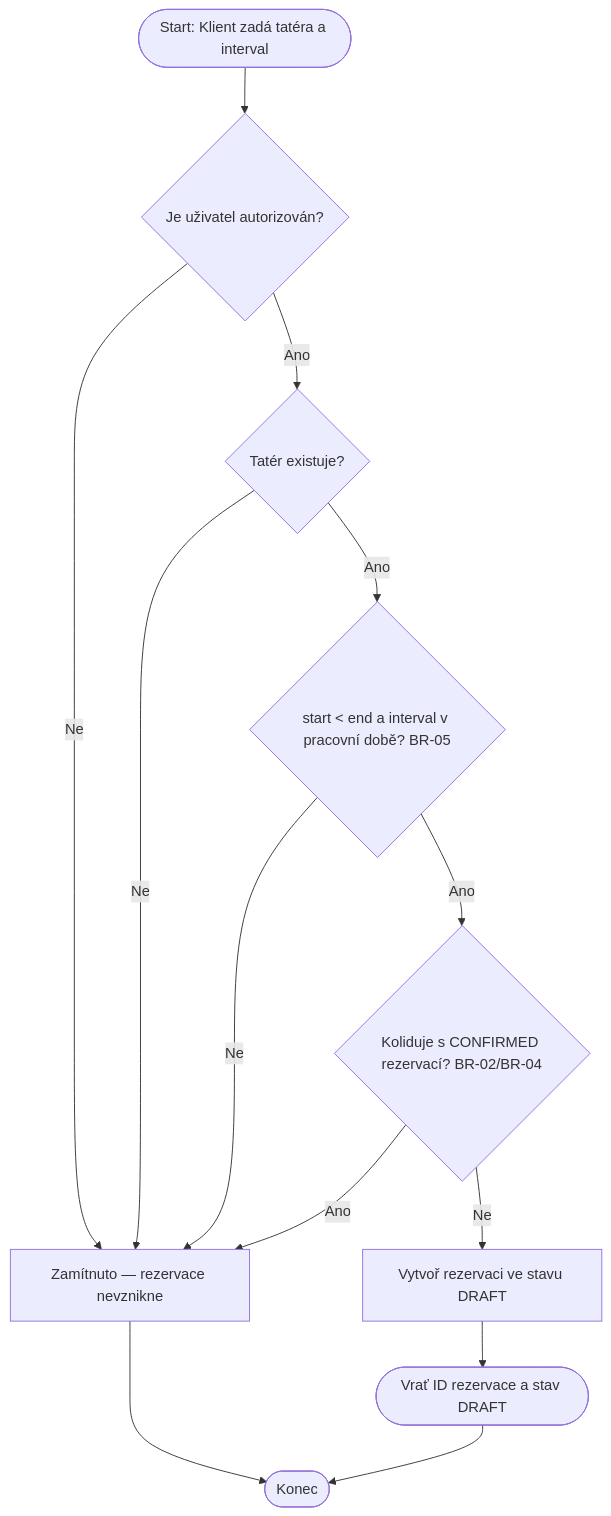
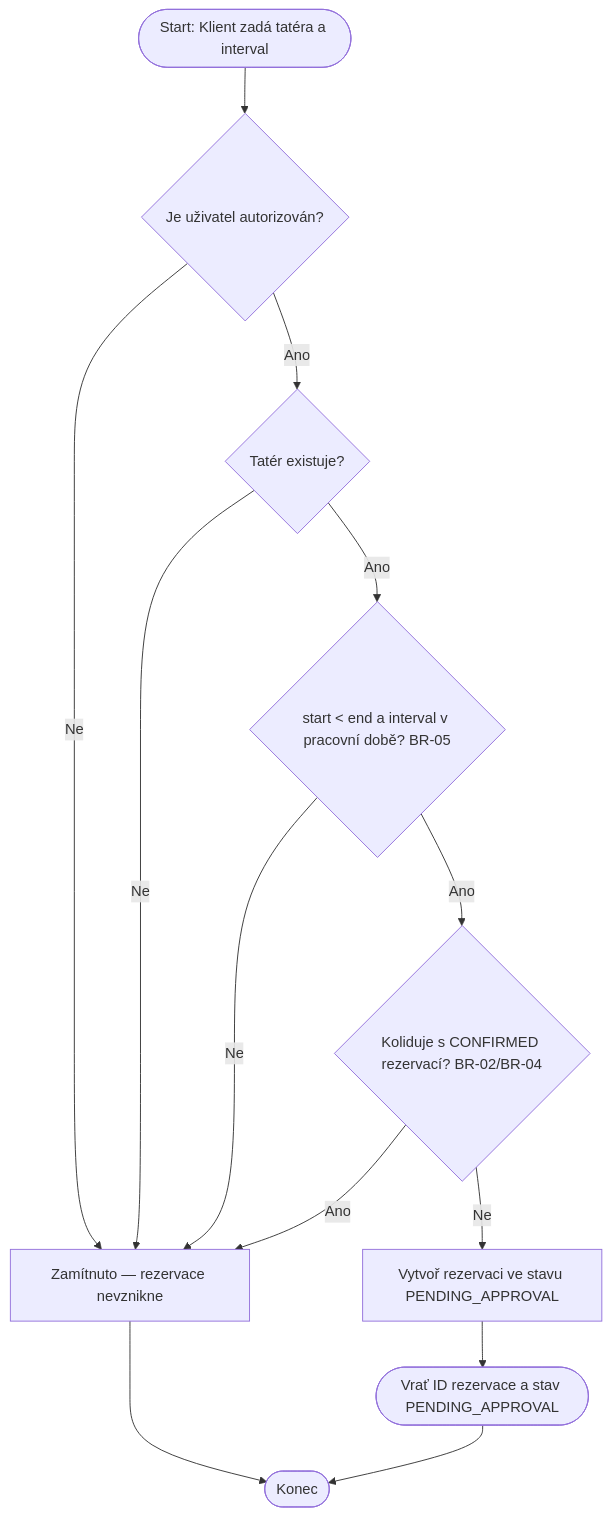
One commit to Eve-linnx/tattoo_reservation_system changed the third of 7 diagrams in docs/diagrams.md. Above: the diagram before and after it, drawn with Mermaid. The commit also changed other lines of this file and 10 other files, not shown here.

````diff
--- a/docs/diagrams.md
+++ b/docs/diagrams.md
@@ -88,15 +82,15 @@
 ```mermaid
 flowchart TD
     A([Start: Klient zadá tatéra a interval]) --> B{Je uživatel autorizován?}
     B -- Ne --> X1[Zamítnuto — rezervace nevznikne]
     B -- Ano --> C{Tatér existuje?}
     C -- Ne --> X1
     C -- Ano --> D{start < end a interval v pracovní době? BR-05}
     D -- Ne --> X1
     D -- Ano --> Ff{Koliduje s CONFIRMED rezervací? BR-02/BR-04}
     Ff -- Ano --> X1
-    Ff -- Ne --> G[Vytvoř rezervaci ve stavu DRAFT]
-    G --> H([Vrať ID rezervace a stav DRAFT])
+    Ff -- Ne --> G[Vytvoř rezervaci ve stavu PENDING_APPROVAL]
+    G --> H([Vrať ID rezervace a stav PENDING_APPROVAL])
     X1 --> E([Konec])
     H --> E
 ```
````
